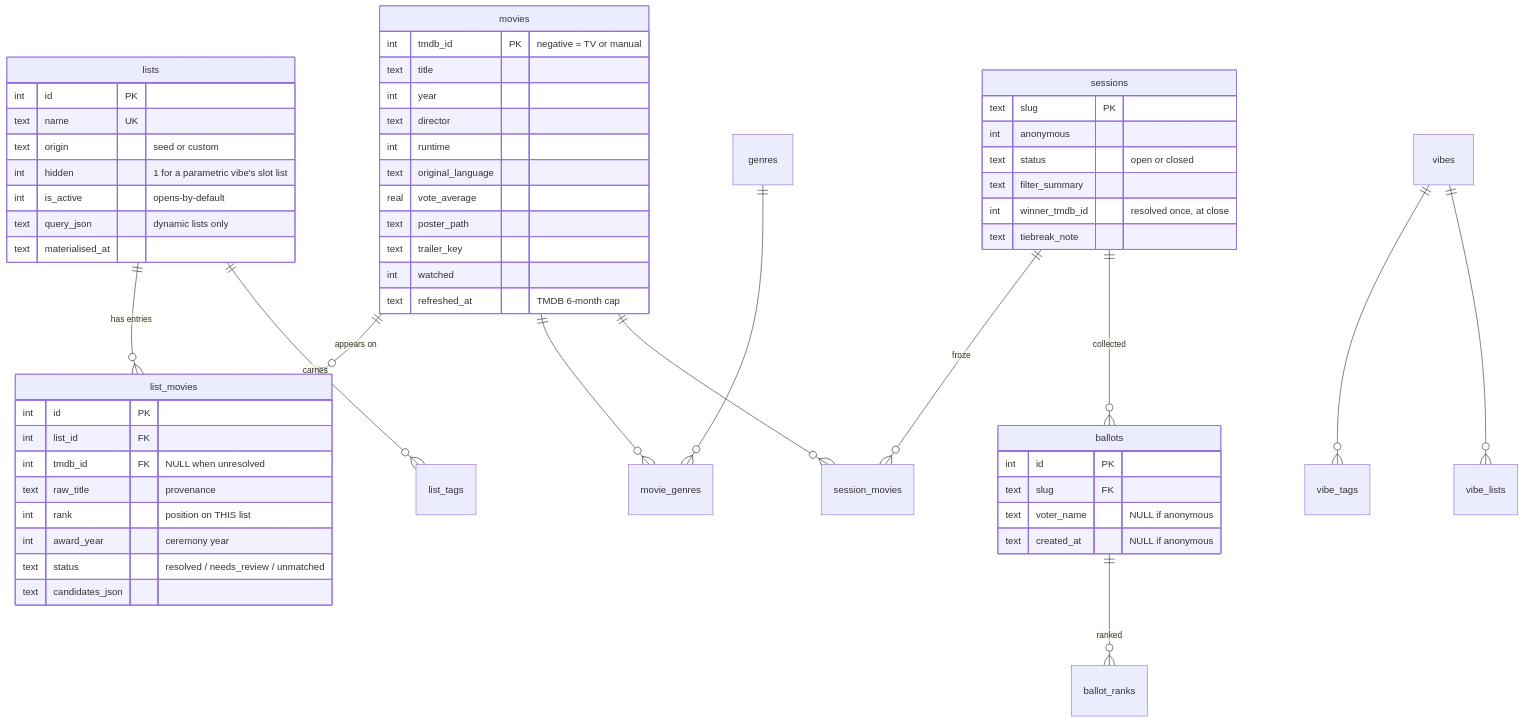
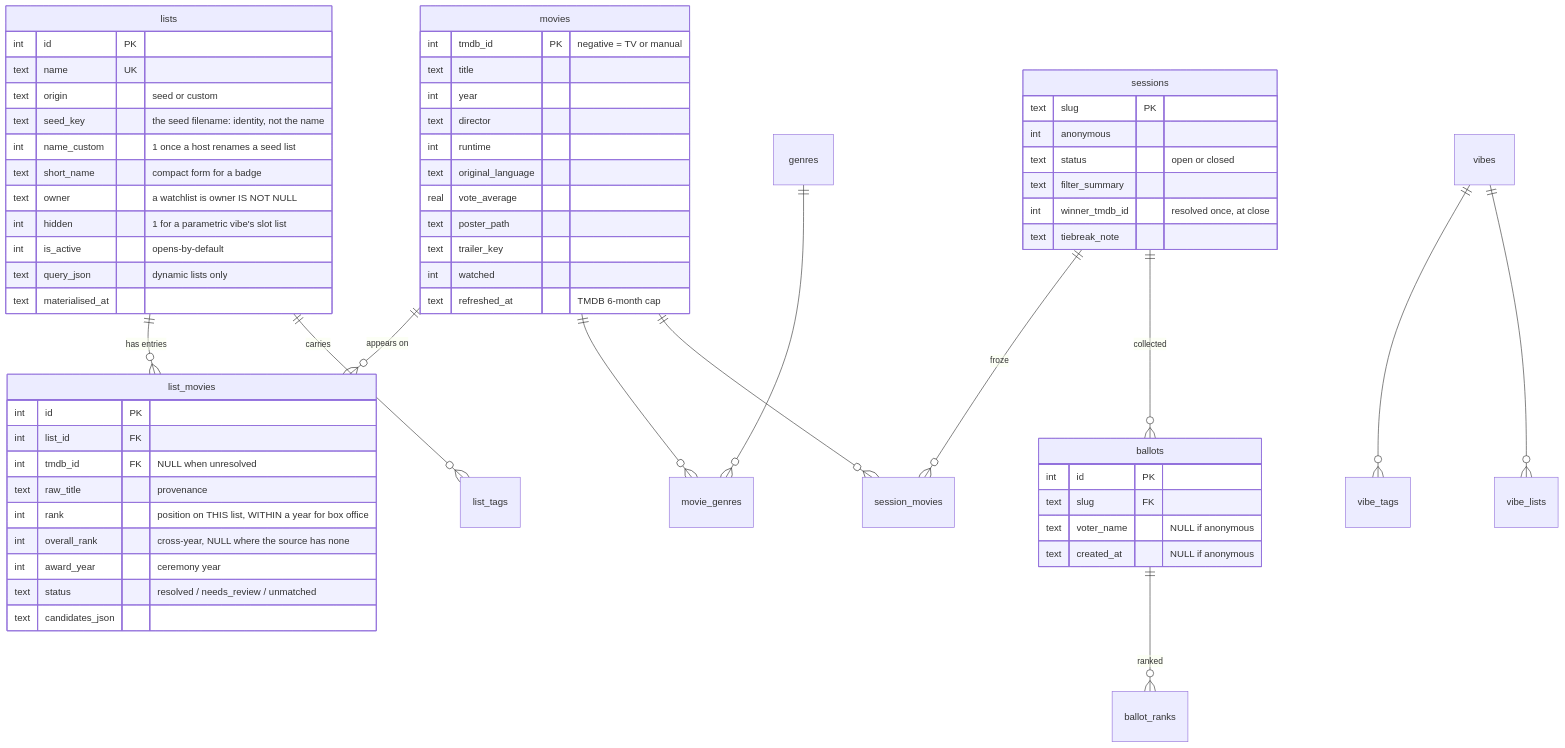
The second of 3 diagrams in ARCHITECTURE.md (vronizor/double-feature), drawn with Mermaid before and after one commit. The commit also changed other lines of this file and 4 other files, not shown here.

````diff
--- a/ARCHITECTURE.md
+++ b/ARCHITECTURE.md
@@ -176,61 +180,66 @@
 ```mermaid
 erDiagram
     lists      ||--o{ list_movies : "has entries"
     lists      ||--o{ list_tags   : "carries"
     movies     ||--o{ list_movies : "appears on"
     movies     ||--o{ movie_genres : ""
     genres     ||--o{ movie_genres : ""
     sessions   ||--o{ session_movies : "froze"
     sessions   ||--o{ ballots      : "collected"
     ballots    ||--o{ ballot_ranks : "ranked"
     movies     ||--o{ session_movies : ""
     vibes      ||--o{ vibe_tags    : ""
     vibes      ||--o{ vibe_lists   : ""
 
     lists {
         int  id PK
         text name UK
         text origin "seed or custom"
+        text seed_key "the seed filename: identity, not the name"
+        int name_custom "1 once a host renames a seed list"
+        text short_name "compact form for a badge"
+        text owner "a watchlist is owner IS NOT NULL"
         int hidden "1 for a parametric vibe's slot list"
         int  is_active "opens-by-default"
         text query_json "dynamic lists only"
         text materialised_at
     }
     movies {
         int  tmdb_id PK "negative = TV or manual"
         text title
         int  year
         text director
         int  runtime
         text original_language
         real vote_average
         text poster_path
         text trailer_key
         int  watched
         text refreshed_at "TMDB 6-month cap"
     }
     list_movies {
         int  id PK
         int  list_id FK
         int  tmdb_id FK "NULL when unresolved"
         text raw_title "provenance"
-        int  rank "position on THIS list"
+        int  rank "position on THIS list, WITHIN a year for box office"
+        int  overall_rank "cross-year, NULL where the source has none"
         int  award_year "ceremony year"
         text status "resolved / needs_review / unmatched"
         text candidates_json
     }
     sessions {
         text slug PK
         int  anonymous
         text status "open or closed"
         text filter_summary
         int  winner_tmdb_id "resolved once, at close"
         text tiebreak_note
     }
     ballots {
         int  id PK
         text slug FK
         text voter_name "NULL if anonymous"
         text created_at "NULL if anonymous"
     }
 ```
````
